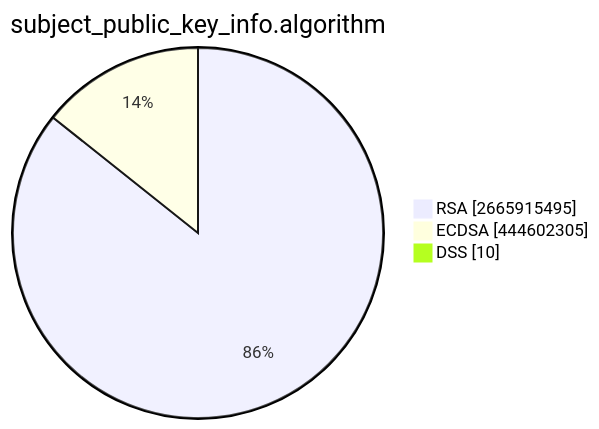
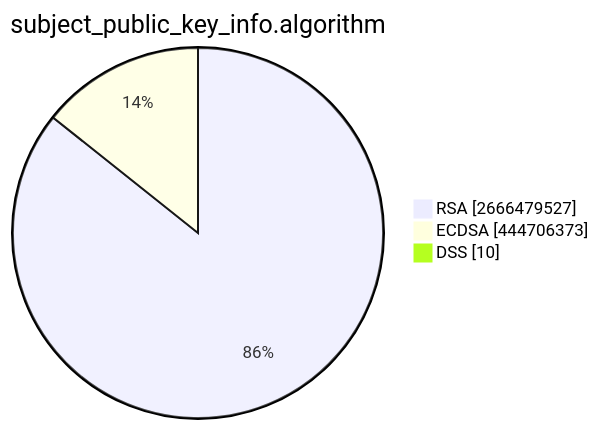
One commit to christiankrug/ctmonitor_visualization changed the second of 15 diagrams in TOTAL/README.md. Above: the diagram before and after it, drawn with Mermaid. The commit also changed other lines of this file, not shown here.

````diff
--- a/TOTAL/README.md
+++ b/TOTAL/README.md
@@ -6,7 +6,7 @@
 ```mermaid
 pie showData
 title subject_public_key_info.algorithm
-"RSA" :2665915495
-"ECDSA" :444602305
+"RSA" :2666479527
+"ECDSA" :444706373
 "DSS" :10
 ```
````
